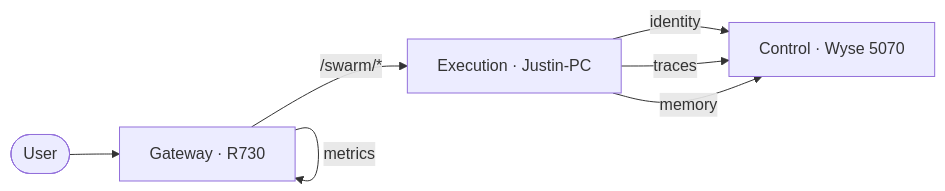
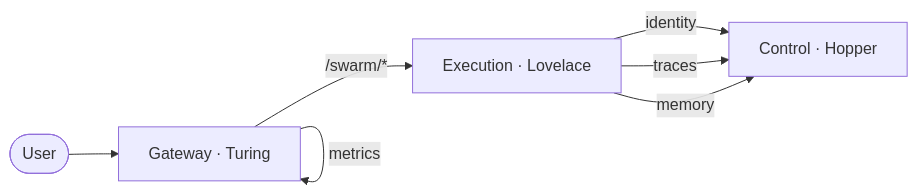
Before and after one commit to Misterobots/Agent_Swarm: the diagram in docs-site/docs/getting-started/overview.md, drawn with Mermaid. The commit also changed other lines of this file and 350 other files, not shown here.

````diff
--- a/docs-site/docs/getting-started/overview.md
+++ b/docs-site/docs/getting-started/overview.md
@@ -43,9 +43,9 @@
 ```mermaid
 graph LR
     User([User]) --> Gateway
-    Gateway[Gateway · R730] -->|/swarm/*| Execution[Execution · Justin-PC]
-    Execution -->|identity| Control[Control · Wyse 5070]
+    Gateway[Gateway · Turing] -->|/swarm/*| Execution[Execution · Lovelace]
+    Execution -->|identity| Control[Control · Hopper]
     Execution -->|traces| Control
     Execution -->|memory| Control
     Gateway -->|metrics| Gateway
 ```
````
